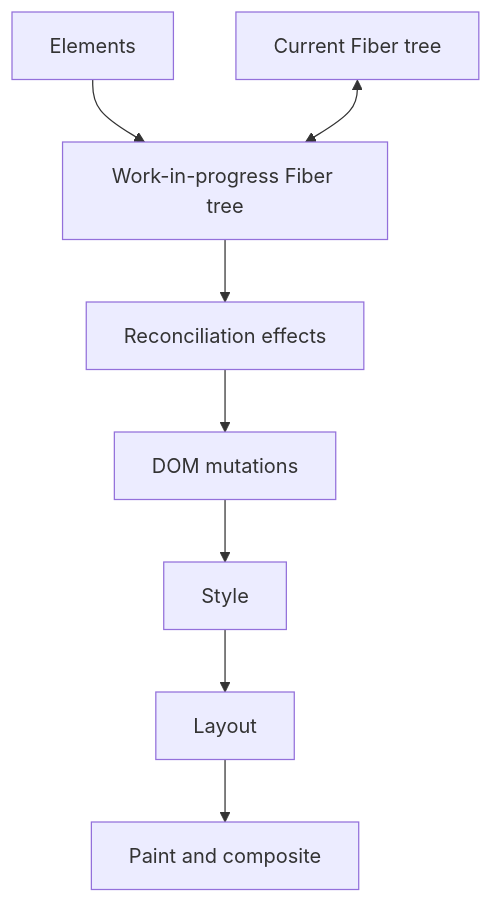
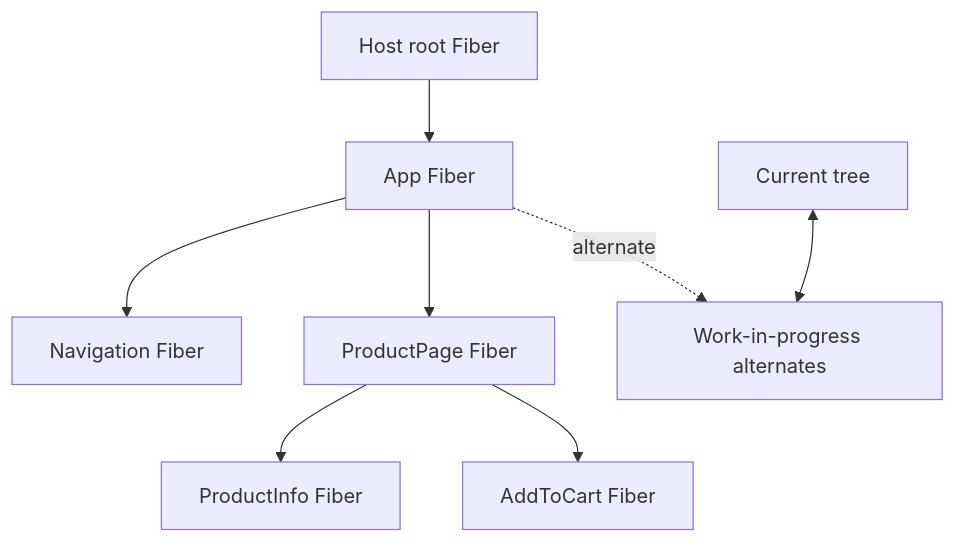
The sixth of 30 diagrams in frontend.md (AbhishekDhone7/javascript-git-basics), drawn with Mermaid before and after one commit. The commit also changed other lines of this file, not shown here.

````diff
--- a/frontend.md
+++ b/frontend.md
@@ -588,10 +771,10 @@
 ```mermaid
 flowchart TB
- E[Elements] --> W[Work-in-progress Fiber tree]
- C[Current Fiber tree] <--> W
- W --> R[Reconciliation effects]
- R --> D[DOM mutations]
- D --> S[Style]
- S --> L[Layout]
- L --> P[Paint and composite]
+	ROOT[Host root Fiber] --> APP[App Fiber]
+	APP --> NAV[Navigation Fiber]
+	APP --> PAGE[ProductPage Fiber]
+	PAGE --> INFO[ProductInfo Fiber]
+	PAGE --> CART[AddToCart Fiber]
+	CUR[Current tree] <--> ALT[Work-in-progress alternates]
+	APP -. alternate .-> ALT
 ```
````
